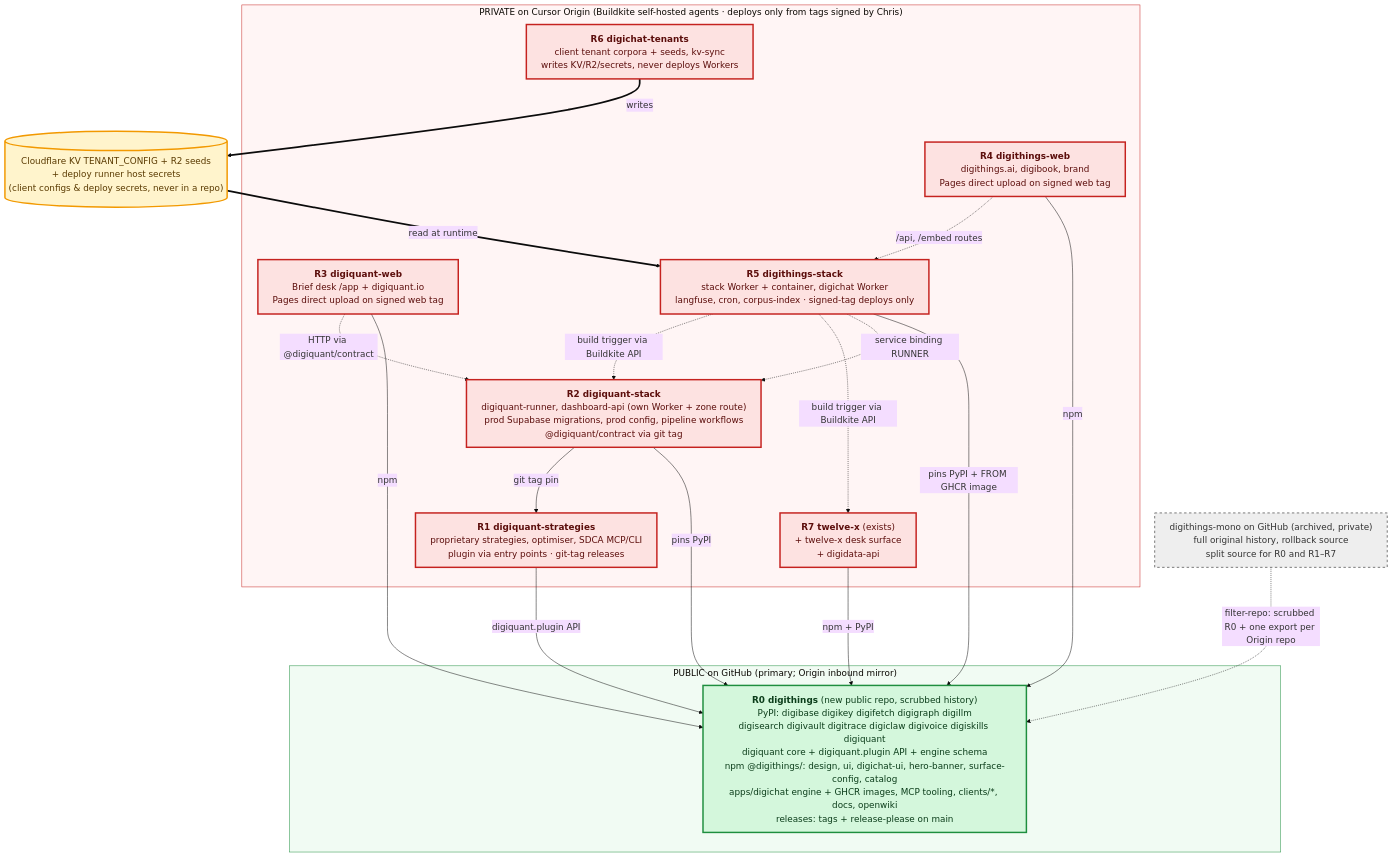
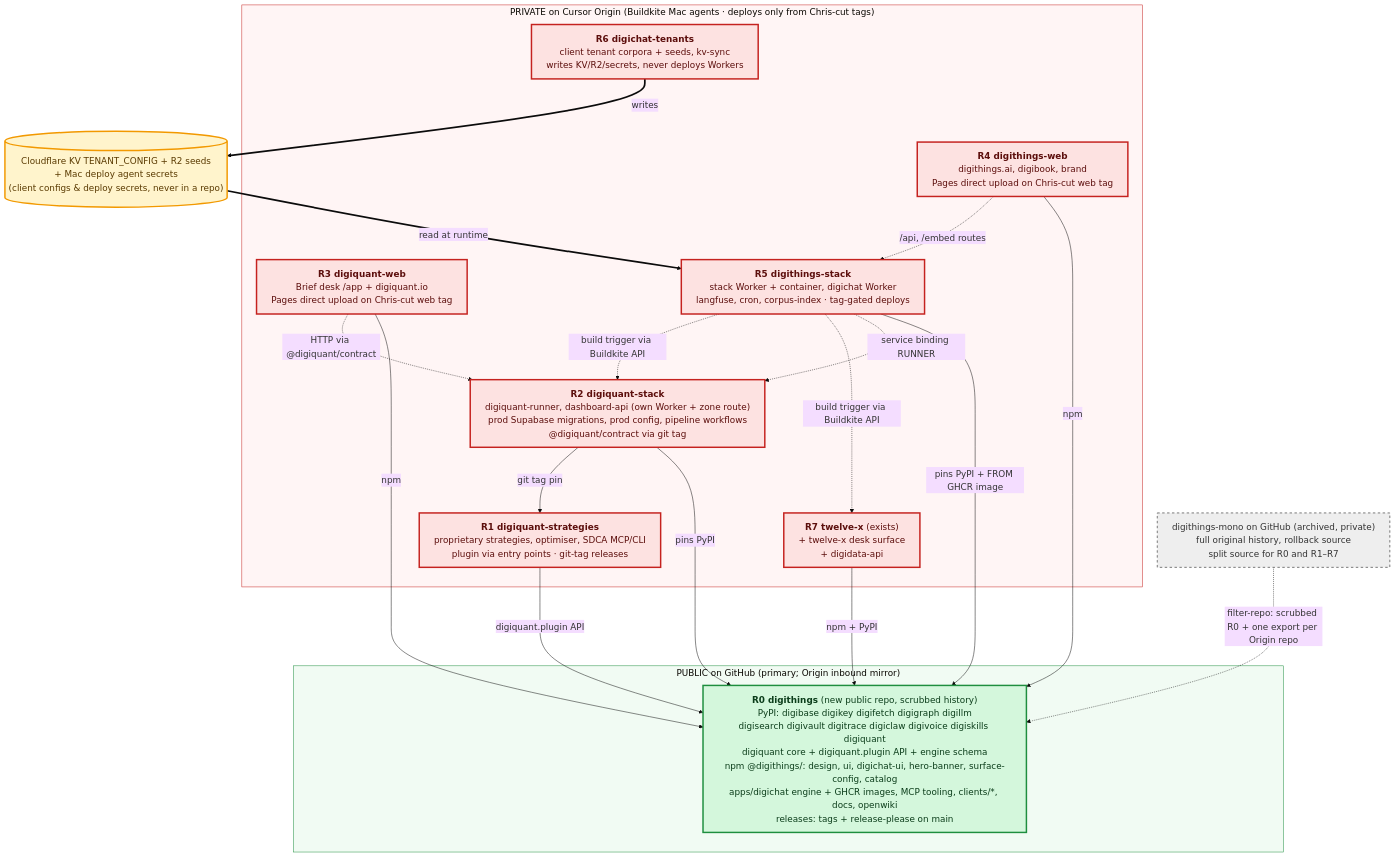
The diagram in docs/repo-split/repo-split.mmd (digithings-ai/digithings), drawn with Mermaid before and after one commit. The commit also changed 4 other files, not shown here.

```diff
--- a/docs/repo-split/repo-split.mmd
+++ b/docs/repo-split/repo-split.mmd
@@ -1,40 +1,40 @@
 %%{init: {'theme':'base','themeVariables':{'fontSize':'18px'},'flowchart':{'curve':'basis','nodeSpacing':40,'rankSpacing':80,'wrappingWidth':600}}}%%
 flowchart TB
   subgraph PUB["PUBLIC on GitHub (primary; Origin inbound mirror)"]
     R0["<b>R0 digithings</b> (new public repo, scrubbed history)<br/>PyPI: digibase digikey digifetch digigraph digillm<br/>digisearch digivault digitrace digiclaw digivoice digiskills digiquant<br/>digiquant core + digiquant.plugin API + engine schema<br/>npm @digithings/: design, ui, digichat-ui, hero-banner, surface-config, catalog<br/>apps/digichat engine + GHCR images, MCP tooling, clients/*, docs, openwiki<br/>releases: tags + release-please on main"]
   end
-  subgraph PRIV["PRIVATE on Cursor Origin (Buildkite self-hosted agents · deploys only from tags signed by Chris)"]
+  subgraph PRIV["PRIVATE on Cursor Origin (Buildkite Mac agents · deploys only from Chris-cut tags)"]
     R1["<b>R1 digiquant-strategies</b><br/>proprietary strategies, optimiser, SDCA MCP/CLI<br/>plugin via entry points · git-tag releases"]
     R2["<b>R2 digiquant-stack</b><br/>digiquant-runner, dashboard-api (own Worker + zone route)<br/>prod Supabase migrations, prod config, pipeline workflows<br/>@digiquant/contract via git tag"]
-    R3["<b>R3 digiquant-web</b><br/>Brief desk /app + digiquant.io<br/>Pages direct upload on signed web tag"]
-    R4["<b>R4 digithings-web</b><br/>digithings.ai, digibook, brand<br/>Pages direct upload on signed web tag"]
-    R5["<b>R5 digithings-stack</b><br/>stack Worker + container, digichat Worker<br/>langfuse, cron, corpus-index · signed-tag deploys only"]
+    R3["<b>R3 digiquant-web</b><br/>Brief desk /app + digiquant.io<br/>Pages direct upload on Chris-cut web tag"]
+    R4["<b>R4 digithings-web</b><br/>digithings.ai, digibook, brand<br/>Pages direct upload on Chris-cut web tag"]
+    R5["<b>R5 digithings-stack</b><br/>stack Worker + container, digichat Worker<br/>langfuse, cron, corpus-index · tag-gated deploys"]
     R6["<b>R6 digichat-tenants</b><br/>client tenant corpora + seeds, kv-sync<br/>writes KV/R2/secrets, never deploys Workers"]
     R7["<b>R7 twelve-x</b> (exists)<br/>+ twelve-x desk surface<br/>+ digidata-api"]
   end
   MONO["digithings-mono on GitHub (archived, private)<br/>full original history, rollback source<br/>split source for R0 and R1–R7"]
-  KV[("Cloudflare KV TENANT_CONFIG + R2 seeds<br/>+ deploy runner host secrets<br/>(client configs &amp; deploy secrets, never in a repo)")]
+  KV[("Cloudflare KV TENANT_CONFIG + R2 seeds<br/>+ Mac deploy agent secrets<br/>(client configs &amp; deploy secrets, never in a repo)")]
 
   R1 -->|digiquant.plugin API| R0
   R2 -->|pins PyPI| R0
   R2 -->|git tag pin| R1
   R3 -->|npm| R0
   R4 -->|npm| R0
   R5 -->|pins PyPI + FROM GHCR image| R0
   R7 -->|npm + PyPI| R0
   R3 -.->|HTTP via @digiquant/contract| R2
   R4 -.->|/api, /embed routes| R5
   R5 -.->|service binding RUNNER| R2
   R5 -.->|build trigger via Buildkite API| R7
   R5 -.->|build trigger via Buildkite API| R2
   R6 ==>|writes| KV
   KV ==>|read at runtime| R5
   MONO -.->|filter-repo: scrubbed R0 + one export per Origin repo| R0
 
   classDef pub fill:#d4f7dc,stroke:#1e8e3e,stroke-width:3px,color:#0b3d1a;
   classDef priv fill:#fde2e1,stroke:#c5221f,stroke-width:3px,color:#5c0e0c;
   classDef kv fill:#fff4cc,stroke:#f29900,stroke-width:3px,color:#5a3a00;
   classDef arch fill:#eeeeee,stroke:#777777,stroke-width:2px,color:#333333,stroke-dasharray: 5 5;
   class R0 pub; class R1,R2,R3,R4,R5,R6,R7 priv; class KV kv; class MONO arch;
   style PUB fill:#f1fbf3,stroke:#1e8e3e
   style PRIV fill:#fff5f5,stroke:#c5221f
```
